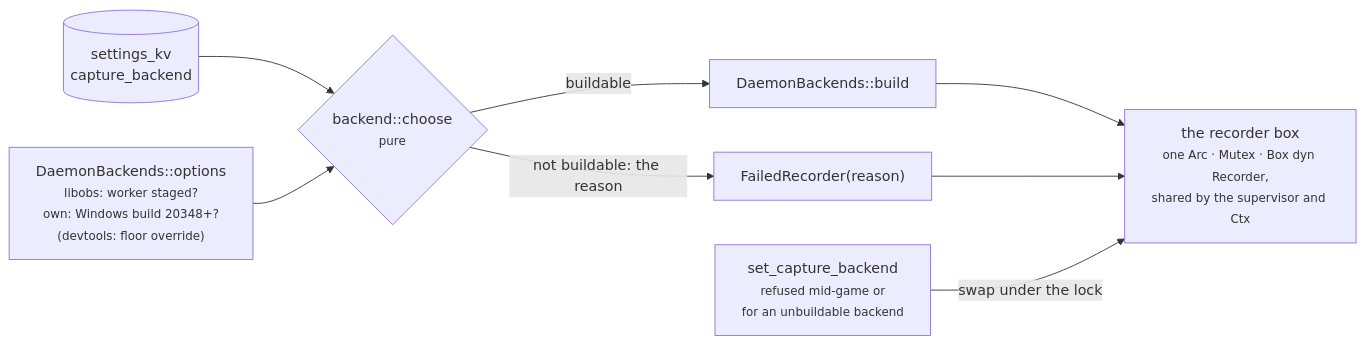
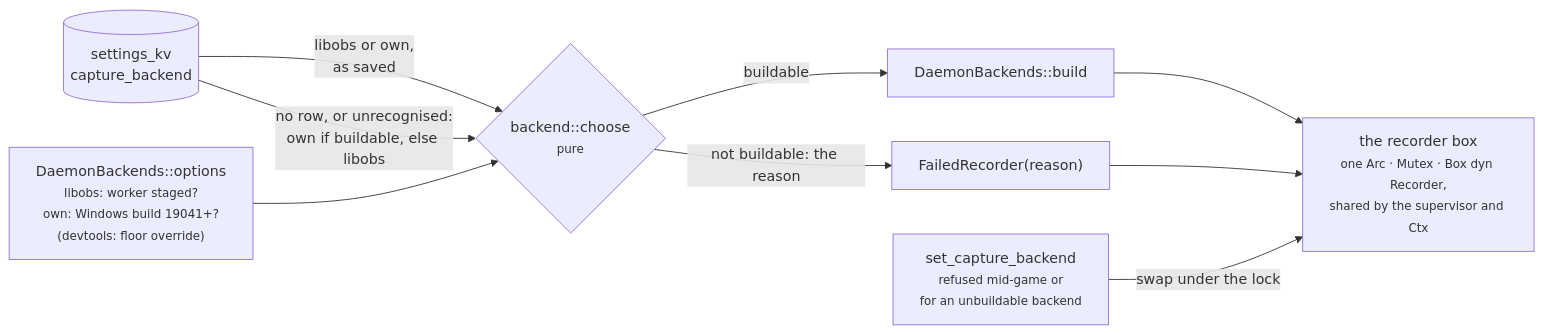
The sixth of 10 diagrams in docs/architecture.md (NinjaGoldfinch/ninja-recorder), drawn with Mermaid before and after one commit. The commit also changed other lines of this file and 33 other files, not shown here.

First line of the commit message:
feat(recorder): make own the default capture backend (WS1.6.11) (#287)

````diff
--- a/docs/architecture.md
+++ b/docs/architecture.md
@@ -361,10 +370,11 @@
 ```mermaid
 flowchart LR
-    KV[("settings_kv<br/>capture_backend")] --> C{"backend::choose<br/><small>pure</small>"}
-    OPT["DaemonBackends::options<br/><small>libobs: worker staged?<br/>own: Windows build 20348+?<br/>(devtools: floor override)</small>"] --> C
+    KV[("settings_kv<br/>capture_backend")] -->|"libobs or own,<br/>as saved"| C{"backend::choose<br/><small>pure</small>"}
+    KV -->|"no row, or unrecognised:<br/>own if buildable, else libobs"| C
+    OPT["DaemonBackends::options<br/><small>libobs: worker staged?<br/>own: Windows build 19041+?<br/>(devtools: floor override)</small>"] --> C
     C -->|"buildable"| B["DaemonBackends::build"]
     C -->|"not buildable: the reason"| F["FailedRecorder(reason)"]
     B --> BOX["the recorder box<br/><small>one Arc · Mutex · Box dyn Recorder,<br/>shared by the supervisor and Ctx</small>"]
     F --> BOX
     SET["set_capture_backend<br/><small>refused mid-game or<br/>for an unbuildable backend</small>"] -->|"swap under the lock"| BOX
 ```
````
